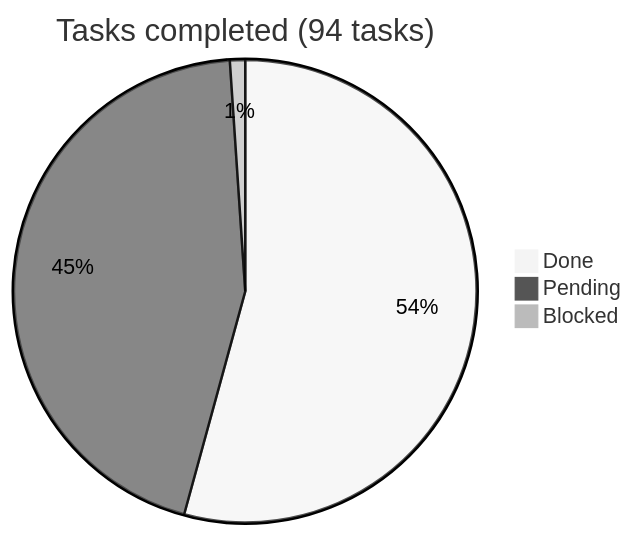
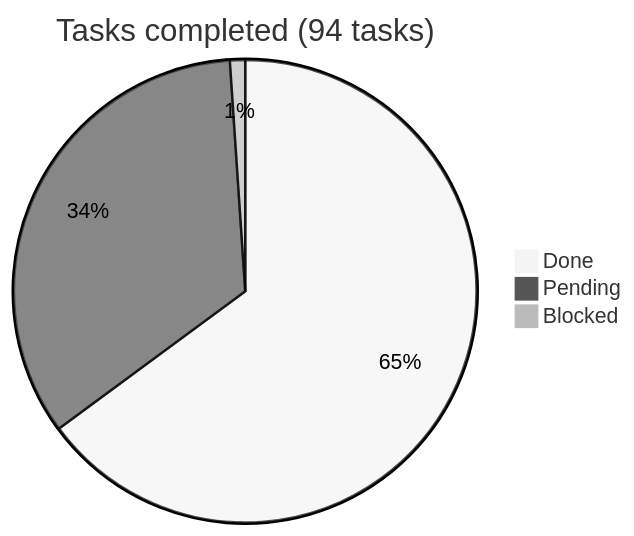
One commit to araguaney-lat/araguaney-app changed the diagram in docs/roadmap/README.md. Above: the diagram before and after it, drawn with Mermaid (neutral theme). The commit also changed other lines of this file and 2 other files, not shown here.

Commit message:
docs: offline queue design and phase 06 roadmap update

````diff
--- a/docs/roadmap/README.md
+++ b/docs/roadmap/README.md
@@ -12,6 +12,6 @@
 ```mermaid
 pie title Tasks completed (94 tasks)
-    "Done" : 51
-    "Pending" : 42
+    "Done" : 61
+    "Pending" : 32
     "Blocked" : 1
 ```
````
